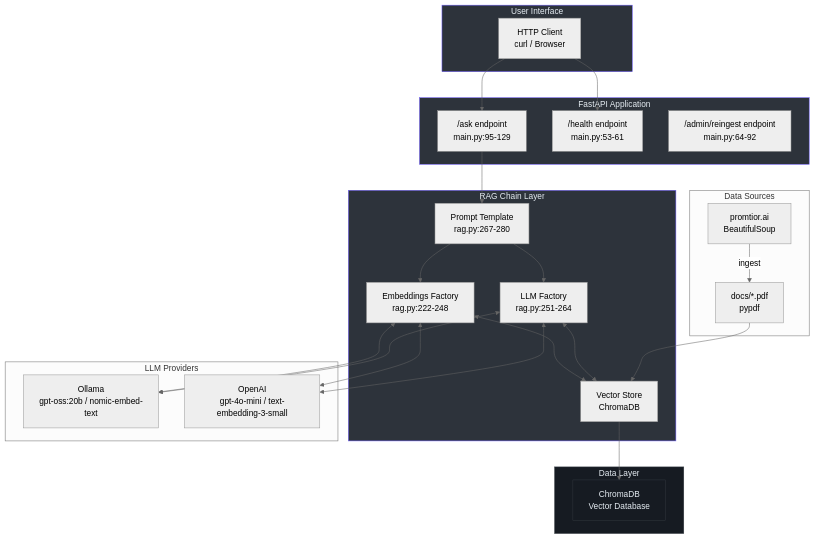
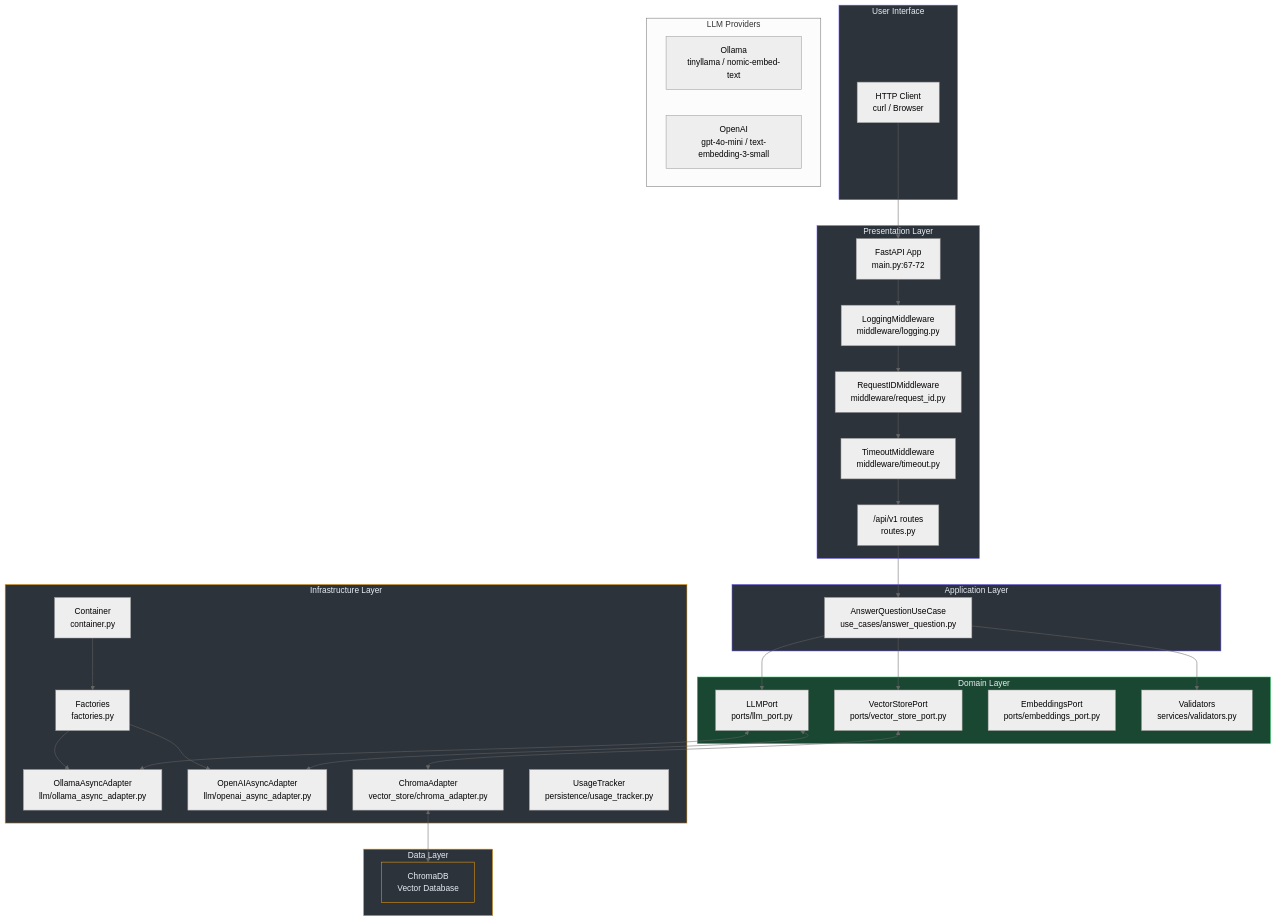
The first of 4 diagrams in docs/ARCHITECTURE.md (urrestarazu-alejandro/promtior-chat-assistant), drawn with Mermaid (neutral theme) before and after one commit. The commit also changed other lines of this file and 89 other files, not shown here.

First line of the commit message:
feat(rag): Implement RAG v2.1 with Clean Architecture and hallucination fixes

````diff
--- a/docs/ARCHITECTURE.md
+++ b/docs/ARCHITECTURE.md
@@ -16,53 +20,64 @@
 ```mermaid
 flowchart TB
     subgraph Client["User Interface"]
         H["HTTP Client<br/>curl / Browser"]
     end
 
-    subgraph API["FastAPI Application"]
-        R["/ask endpoint<br/>main.py:95-129"]
-        HC["/health endpoint<br/>main.py:53-61"]
-        RI["/admin/reingest endpoint<br/>main.py:64-92"]
+    subgraph Presentation["Presentation Layer"]
+        API["FastAPI App<br/>main.py:67-72"]
+        M1["LoggingMiddleware<br/>middleware/logging.py"]
+        M2["RequestIDMiddleware<br/>middleware/request_id.py"]
+        M3["TimeoutMiddleware<br/>middleware/timeout.py"]
+        V1["/api/v1 routes<br/>routes.py"]
     end
 
-    subgraph RAG["RAG Chain Layer"]
-        PR["Prompt Template<br/>rag.py:267-280"]
-        EM["Embeddings Factory<br/>rag.py:222-248"]
-        LLM["LLM Factory<br/>rag.py:251-264"]
-        VS["Vector Store<br/>ChromaDB"]
+    subgraph Application["Application Layer"]
+        UC["AnswerQuestionUseCase<br/>use_cases/answer_question.py"]
+    end
+
+    subgraph Domain["Domain Layer"]
+        VP["VectorStorePort<br/>ports/vector_store_port.py"]
+        LP["LLMPort<br/>ports/llm_port.py"]
+        EP["EmbeddingsPort<br/>ports/embeddings_port.py"]
+        Val["Validators<br/>services/validators.py"]
+    end
+
+    subgraph Infrastructure["Infrastructure Layer"]
+        Cont["Container<br/>container.py"]
+        F["Factories<br/>factories.py"]
+        Ollama["OllamaAsyncAdapter<br/>llm/ollama_async_adapter.py"]
+        OpenAI["OpenAIAsyncAdapter<br/>llm/openai_async_adapter.py"]
+        Chroma["ChromaAdapter<br/>vector_store/chroma_adapter.py"]
+        UT["UsageTracker<br/>persistence/usage_tracker.py"]
     end
 
     subgraph Storage["Data Layer"]
         CV["ChromaDB<br/>Vector Database"]
     end
 
     subgraph LLM_Providers["LLM Providers"]
-        OLL["Ollama<br/>gpt-oss:20b / nomic-embed-text"]
+        OLL["Ollama<br/>tinyllama / nomic-embed-text"]
         OAI["OpenAI<br/>gpt-4o-mini / text-embedding-3-small"]
     end
 
-    subgraph DataSources["Data Sources"]
-        WS["promtior.ai<br/>BeautifulSoup"]
-        PDF["docs/*.pdf<br/>pypdf"]
-    end
-
-    H --> R
-    H --> HC
-    R --> PR
-    PR --> EM
-    PR --> LLM
-    EM <--> VS
-    LLM <--> VS
-    VS --> CV
-    EM <--> OLL
-    EM <--> OAI
-    LLM <--> OLL
-    LLM <--> OAI
-    WS -->|ingest| PDF
-    PDF --> VS
+    H --> API
+    API --> M1 --> M2 --> M3 --> V1
+    V1 --> UC
+    UC --> Val
+    UC --> VP
+    UC --> LP
+    VP <--> Chroma
+    Chroma <--> CV
+    Cont --> F
+    F --> Ollama
+    F --> OpenAI
+    LP <--> Ollama
+    LP <--> OpenAI
 
     classDef dark fill:#2d333b,stroke:#6d5dfc,color:#e6edf3
-    classDef storage fill:#161b22,stroke:#30363d,color:#e6edf3
-    class Client,API,RAG dark
-    class Storage,CV storage
+    classDef domain fill:#1a4731,stroke:#22c55e,color:#e6edf3
+    classDef infra fill:#2d333b,stroke:#f59e0b,color:#e6edf3
+    class Client,Presentation,Application dark
+    class Domain domain
+    class Infrastructure,Storage,CV infra
 ```
````
